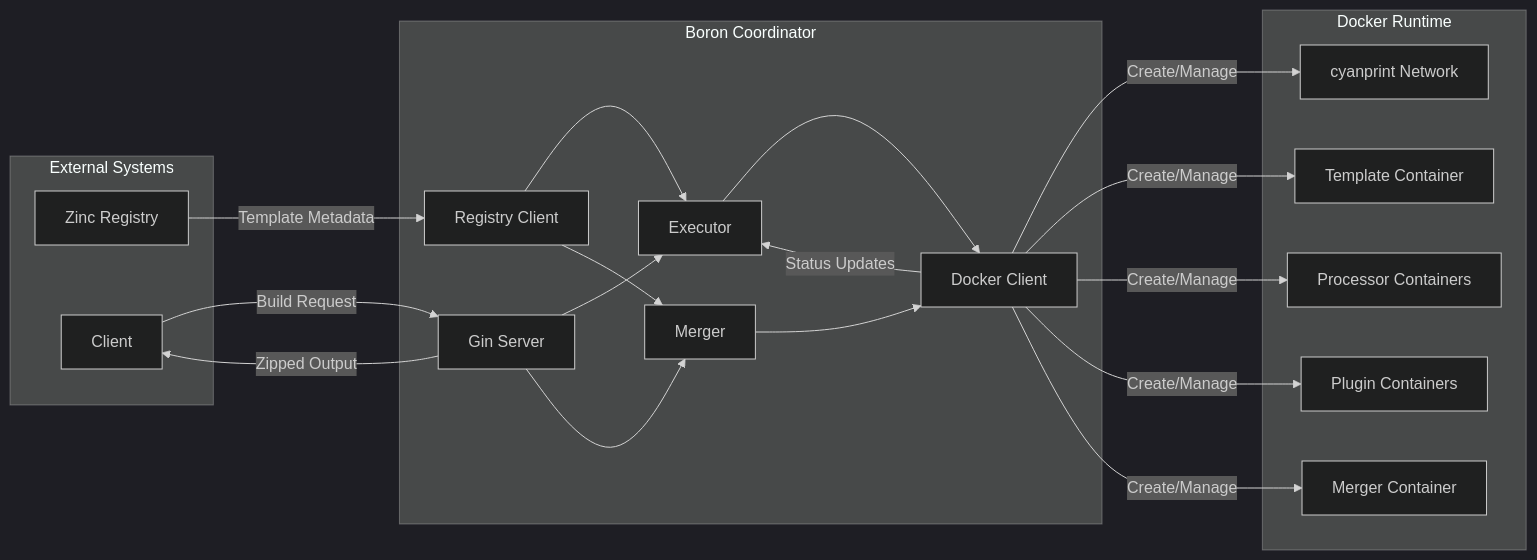
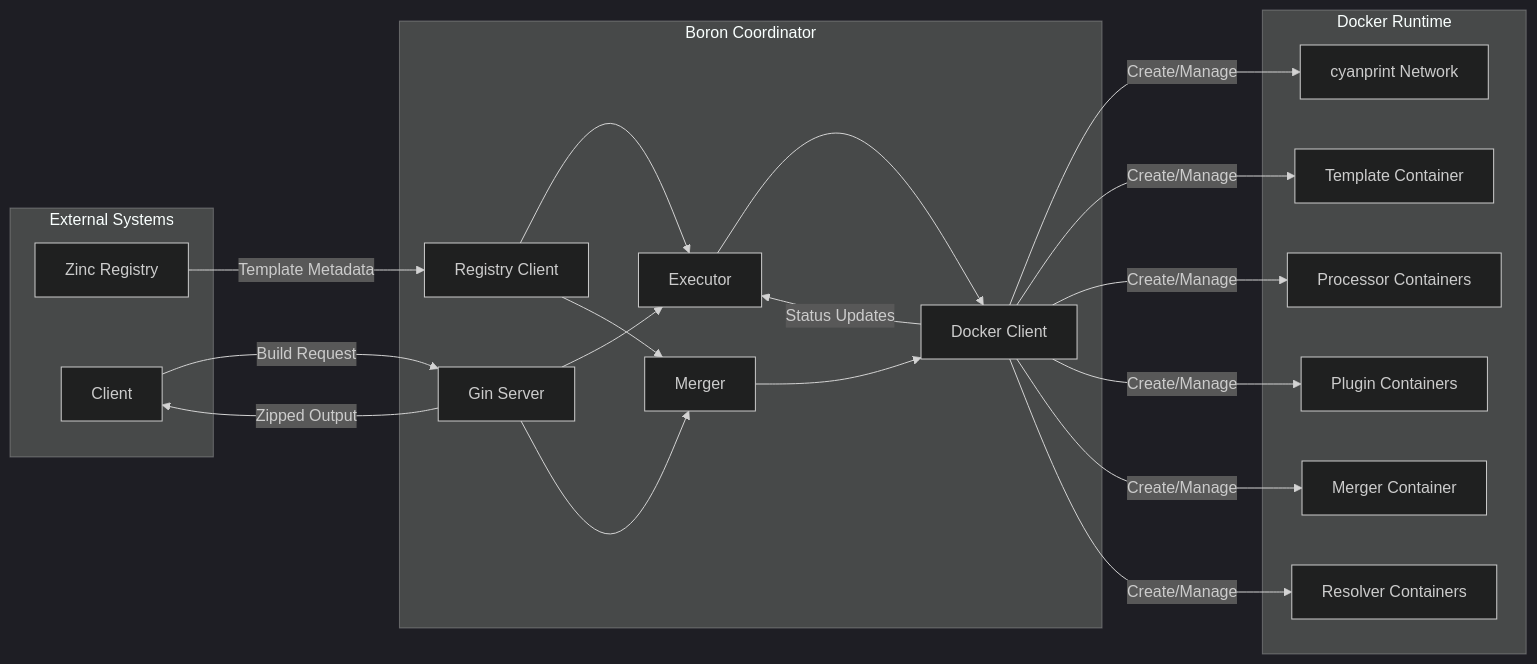
Before and after one commit to AtomiCloud/sulfone.boron: the first of 4 diagrams in docs/developer/02-architecture.md, drawn with Mermaid (dark theme). The commit also changed other lines of this file and 9 other files, not shown here.

````diff
--- a/docs/developer/02-architecture.md
+++ b/docs/developer/02-architecture.md
@@ -13,33 +13,34 @@
 ```mermaid
 flowchart LR
     subgraph External[External Systems]
         Z[Zinc Registry]
         C[Client]
     end
 
     subgraph Boron[Boron Coordinator]
         S[Gin Server]
         E[Executor]
         M[Merger]
         R[Registry Client]
         D[Docker Client]
     end
 
     subgraph Runtime[Docker Runtime]
         N[cyanprint Network]
         T[Template Container]
         P[Processor Containers]
         L[Plugin Containers]
         G[Merger Container]
+        RV[Resolver Containers]
     end
 
     Z -->|Template Metadata| R
     R --> E & M
     C -->|Build Request| S
     S --> E & M
     E --> D
     M --> D
-    D -->|Create/Manage| N & T & P & L & G
+    D -->|Create/Manage| N & T & P & L & G & RV
     D -->|Status Updates| E
     S -->|Zipped Output| C
 ```
````
